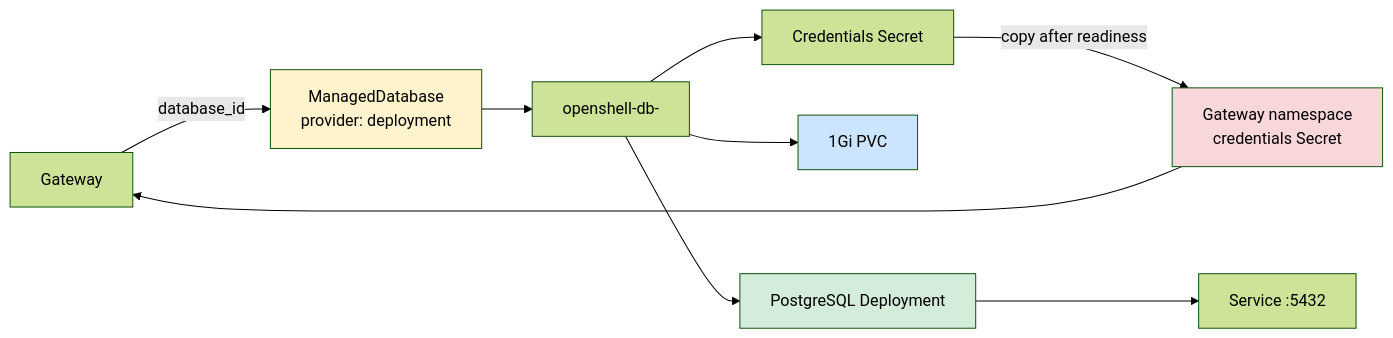
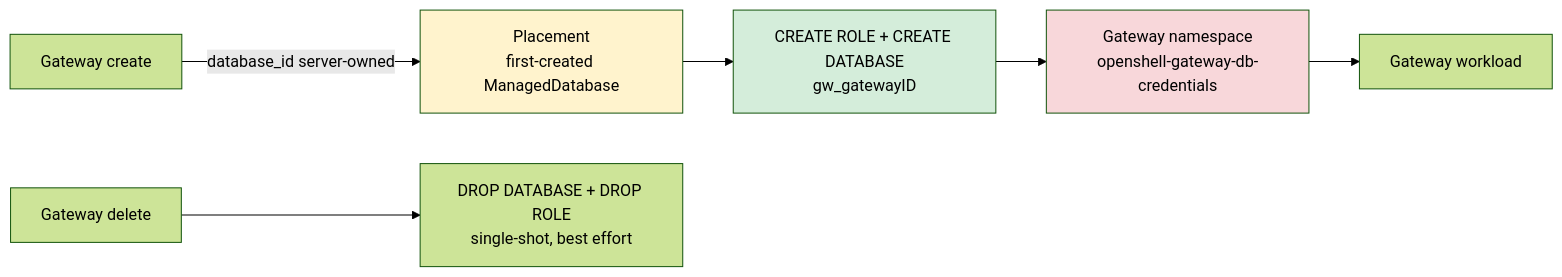
Before and after one commit to jonmosco/hypershell: the second of 2 diagrams in docs/architecture/source/data-plane.md, drawn with Mermaid (forest theme). The commit also changed other lines of this file and 148 other files, not shown here.

First line of the commit message:
feat(db): make every ManagedDatabase an externally provisioned server

````diff
--- a/docs/architecture/source/data-plane.md
+++ b/docs/architecture/source/data-plane.md
@@ -27,15 +27,11 @@
 ```mermaid
 graph LR
-  G[Gateway] -->|database_id| MD[ManagedDatabase<br/>provider: deployment]
-  MD --> NS[openshell-db-<id>]
-  NS --> SEC[Credentials Secret]
-  NS --> PVC[1Gi PVC]
-  NS --> PG[PostgreSQL Deployment]
-  PG --> SVC[Service :5432]
-  SEC -->|copy after readiness| TSEC[Gateway namespace<br/>credentials Secret]
-  TSEC --> G
-  style MD fill:#fff3cd
-  style PG fill:#d4edda
-  style PVC fill:#cce5ff
+  G[Gateway create] -->|database_id server-owned| P[Placement<br/>first-created ManagedDatabase]
+  P --> DDL[CREATE ROLE + CREATE DATABASE<br/>gw_gatewayID]
+  DDL --> TSEC[Gateway namespace<br/>openshell-gateway-db-credentials]
+  TSEC --> W[Gateway workload]
+  D[Gateway delete] --> DROP[DROP DATABASE + DROP ROLE<br/>single-shot, best effort]
+  style P fill:#fff3cd
+  style DDL fill:#d4edda
   style TSEC fill:#f8d7da
 ```
````
